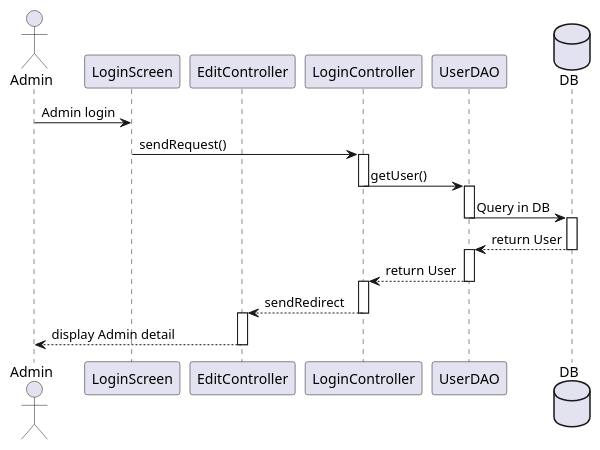
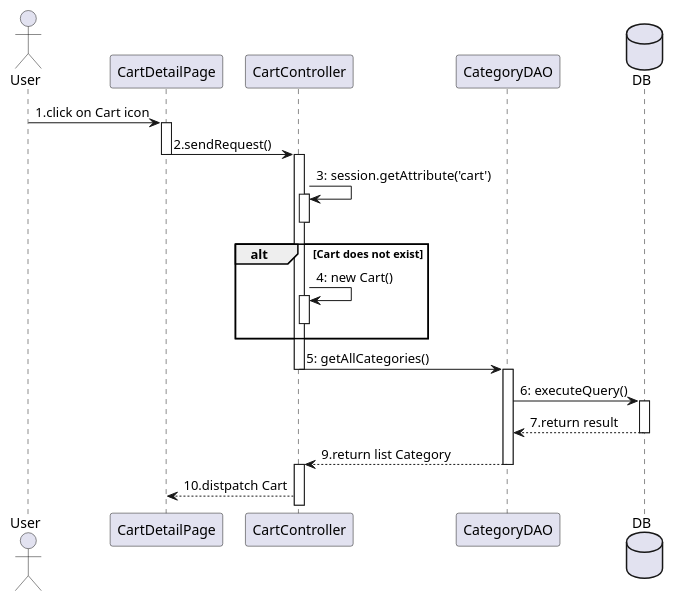
Before and after one commit to baspdd/desktop-tutorial: the diagram in Seuqence/te2.puml, drawn with PlantUML. The commit also changed 139 other files, not shown here.

```diff
--- a/Seuqence/te2.puml
+++ b/Seuqence/te2.puml
@@ -1,22 +1,21 @@
 @startuml
 
-actor       Admin
-participant LoginScreen
-participant EditController
-participant LoginController
-participant UserDAO
+actor       User
+participant CartDetailPage
+participant CartController
+participant CategoryDAO
 database DB
 
-Admin -> LoginScreen : Admin login
-LoginScreen -> LoginController --++: sendRequest()
-
-LoginController -> UserDAO --++ :getUser()
-
-UserDAO -> DB --++ : Query in DB
-
-DB --> UserDAO --++: return User
-UserDAO --> LoginController --++: return User
-LoginController --> EditController --++: sendRedirect
-EditController --> Admin --: display Admin detail
+User -> CartDetailPage  ++: 1.click on Cart icon
+CartDetailPage -> CartController --++: 2.sendRequest()
+CartController -> CartController ++--: 3: session.getAttribute('cart')
+alt Cart does not exist
+    CartController -> CartController ++--: 4: new Cart()
+end
+CartController -> CategoryDAO --++: 5: getAllCategories()
+CategoryDAO -> DB ++: 6: executeQuery()
+DB --> CategoryDAO --: 7.return result
+CategoryDAO --> CartController --++: 9.return list Category
+CartController --> CartDetailPage : 10.distpatch Cart
 
 @enduml
```
